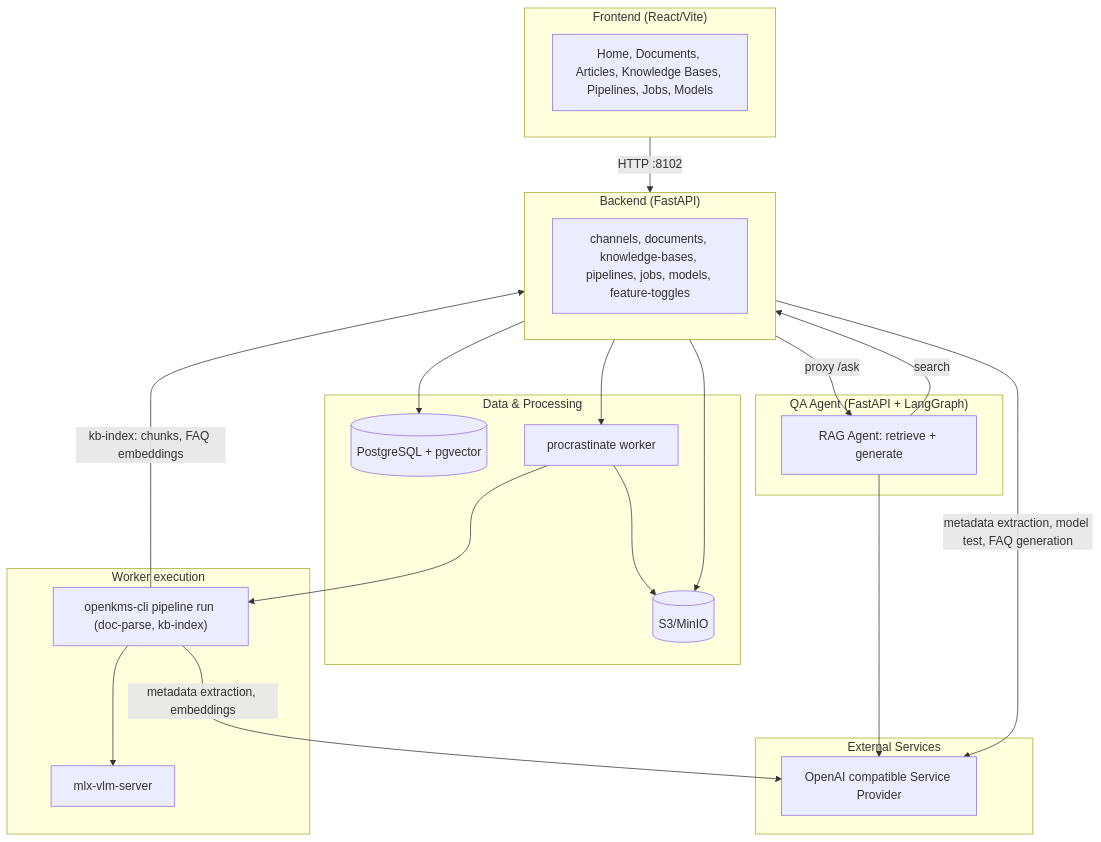
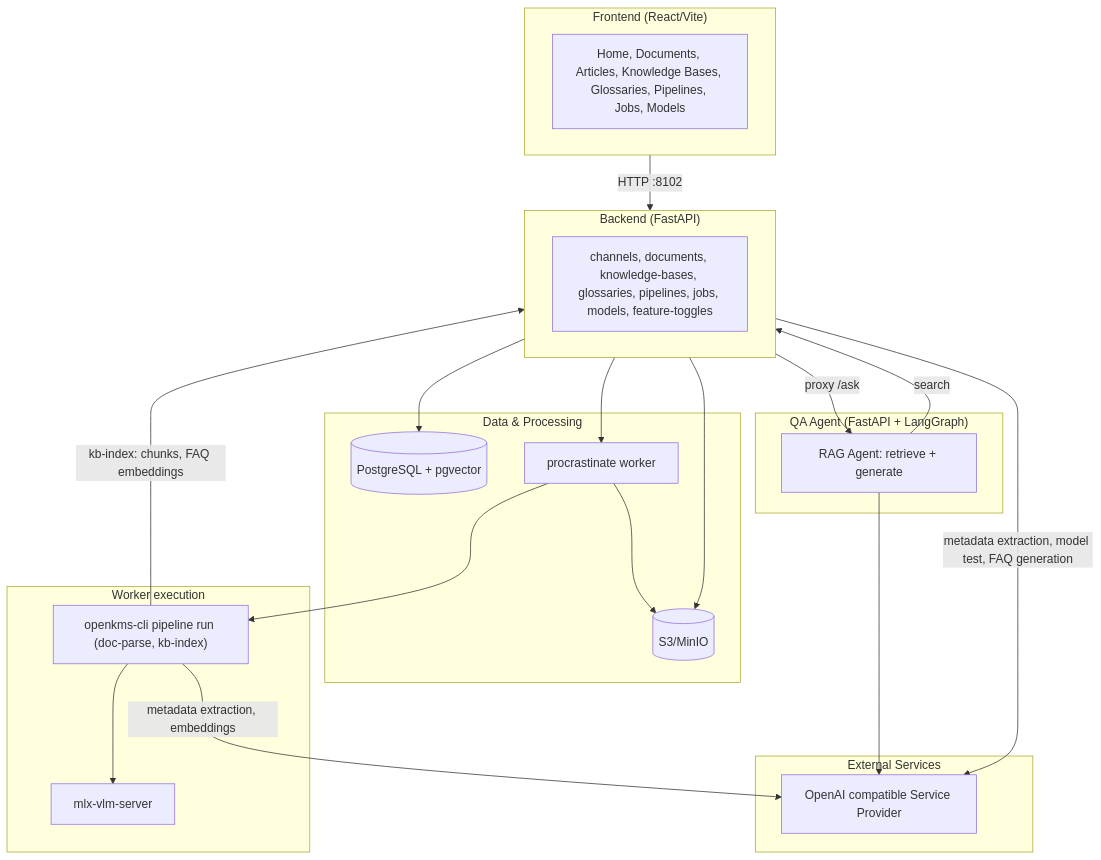
Before and after one commit to yingrui/openKMS: the first of 5 diagrams in docs/architecture.md, drawn with Mermaid. The commit also changed other lines of this file and 25 other files, not shown here.

````diff
--- a/docs/architecture.md
+++ b/docs/architecture.md
@@ -5,43 +5,43 @@
 ```mermaid
 flowchart TB
   subgraph Frontend["Frontend (React/Vite)"]
-    FE["Home, Documents, Articles, Knowledge Bases, Pipelines, Jobs, Models"]
+    FE["Home, Documents, Articles, Knowledge Bases, Glossaries, Pipelines, Jobs, Models"]
   end
 
   subgraph Backend["Backend (FastAPI)"]
-    API["channels, documents, knowledge-bases, pipelines, jobs, models, feature-toggles"]
+    API["channels, documents, knowledge-bases, glossaries, pipelines, jobs, models, feature-toggles"]
   end
 
   subgraph Storage["Data & Processing"]
     PG[("PostgreSQL + pgvector")]
     S3[(S3/MinIO)]
     Worker["procrastinate worker"]
   end
 
   subgraph WorkerDetail["Worker execution"]
     CLI["openkms-cli pipeline run (doc-parse, kb-index)"]
     VLM["mlx-vlm-server"]
   end
 
   subgraph QAAgent["QA Agent (FastAPI + LangGraph)"]
     Agent["RAG Agent: retrieve + generate"]
   end
 
   subgraph External["External Services"]
     LLM["OpenAI compatible Service Provider"]
   end
 
   Frontend -->|HTTP :8102| Backend
   Backend --> PG
   Backend --> S3
   Backend --> Worker
   Backend -->|metadata extraction, model test, FAQ generation| LLM
   Backend -->|proxy /ask| Agent
   Agent -->|search| Backend
   Agent --> LLM
   Worker --> S3
   Worker --> CLI
   CLI --> VLM
   CLI -->|metadata extraction, embeddings| LLM
   CLI -->|kb-index: chunks, FAQ embeddings| Backend
 ```
````
